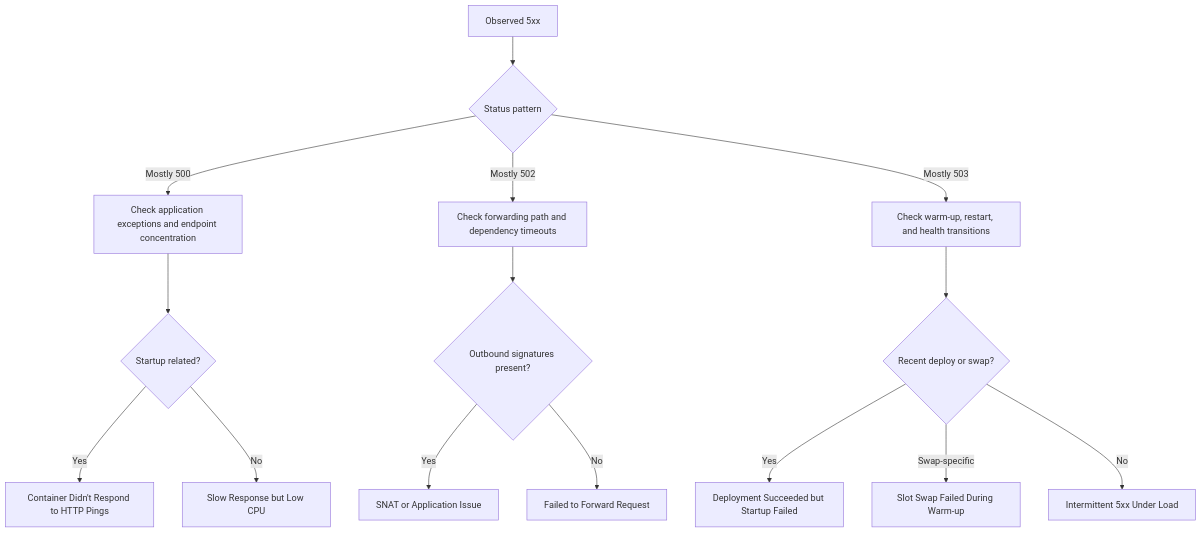
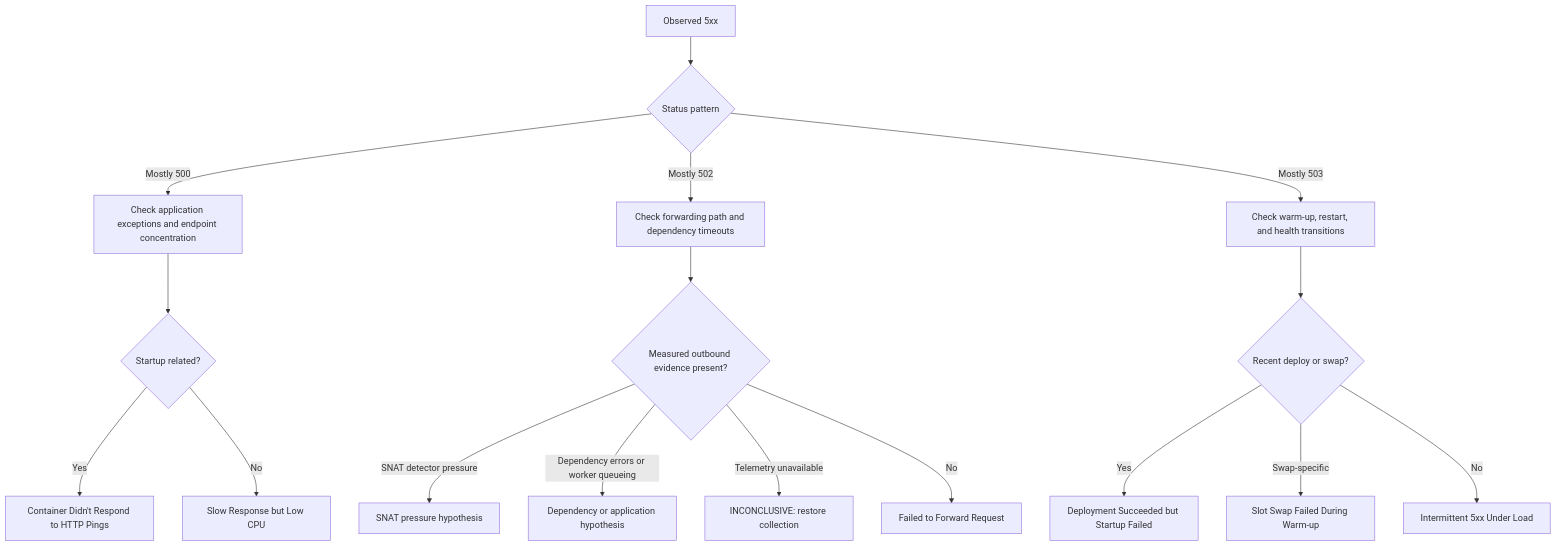
Before and after one commit to yeongseon/azure-app-service-practical-guide: the second of 2 diagrams in docs/troubleshooting/decision-tree.md, drawn with Mermaid. The commit also changed other lines of this file and 11 other files, not shown here.

````diff
--- a/docs/troubleshooting/decision-tree.md
+++ b/docs/troubleshooting/decision-tree.md
@@ -112,20 +112,22 @@
 ```mermaid
 flowchart TD
     A[Observed 5xx] --> B{Status pattern}
     B -->|Mostly 500| C[Check application exceptions and endpoint concentration]
     B -->|Mostly 502| D[Check forwarding path and dependency timeouts]
     B -->|Mostly 503| E[Check warm-up, restart, and health transitions]
 
     C --> F{Startup related?}
     F -->|Yes| G[Container Didn't Respond to HTTP Pings]
     F -->|No| H[Slow Response but Low CPU]
 
-    D --> I{Outbound signatures present?}
-    I -->|Yes| J[SNAT or Application Issue]
+    D --> I{Measured outbound evidence present?}
+    I -->|SNAT detector pressure| J[SNAT pressure hypothesis]
+    I -->|Dependency errors or worker queueing| J2[Dependency or application hypothesis]
+    I -->|Telemetry unavailable| J3[INCONCLUSIVE: restore collection]
     I -->|No| K[Failed to Forward Request]
 
     E --> L{Recent deploy or swap?}
     L -->|Yes| M[Deployment Succeeded but Startup Failed]
     L -->|Swap-specific| N[Slot Swap Failed During Warm-up]
     L -->|No| O[Intermittent 5xx Under Load]
 ```
````
